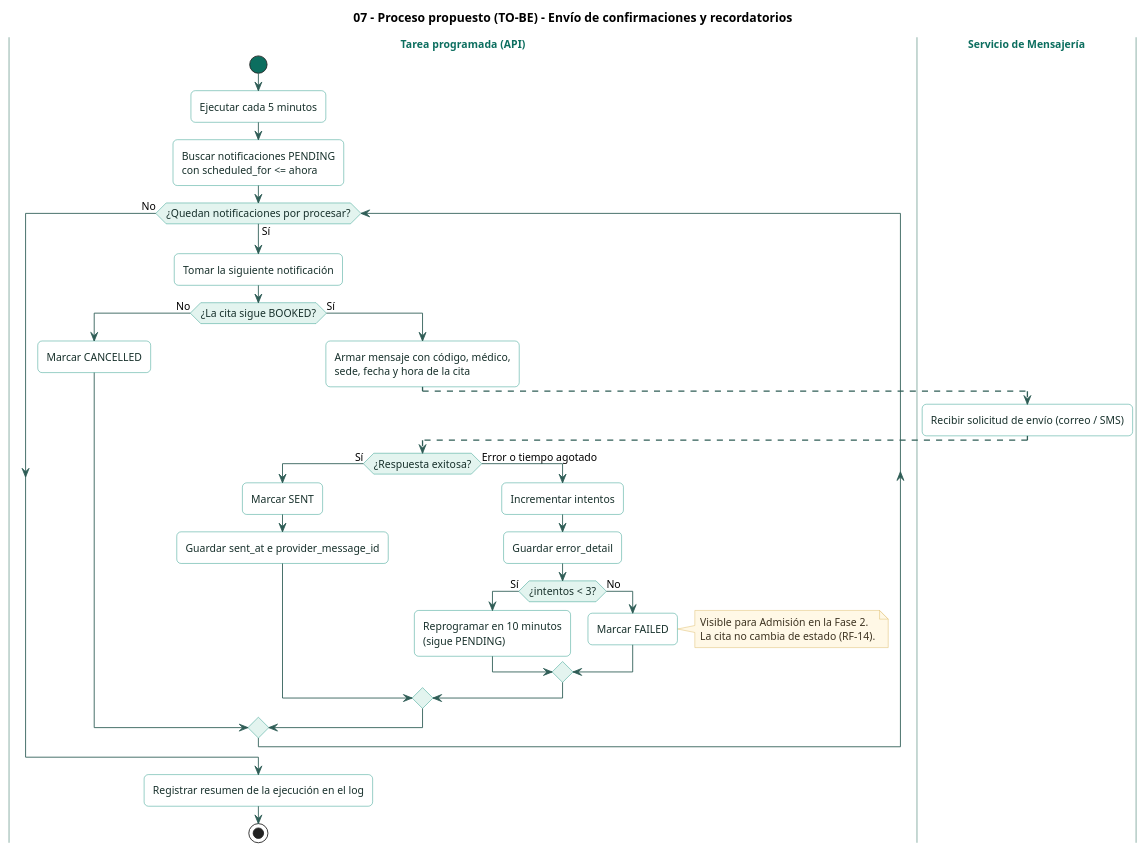
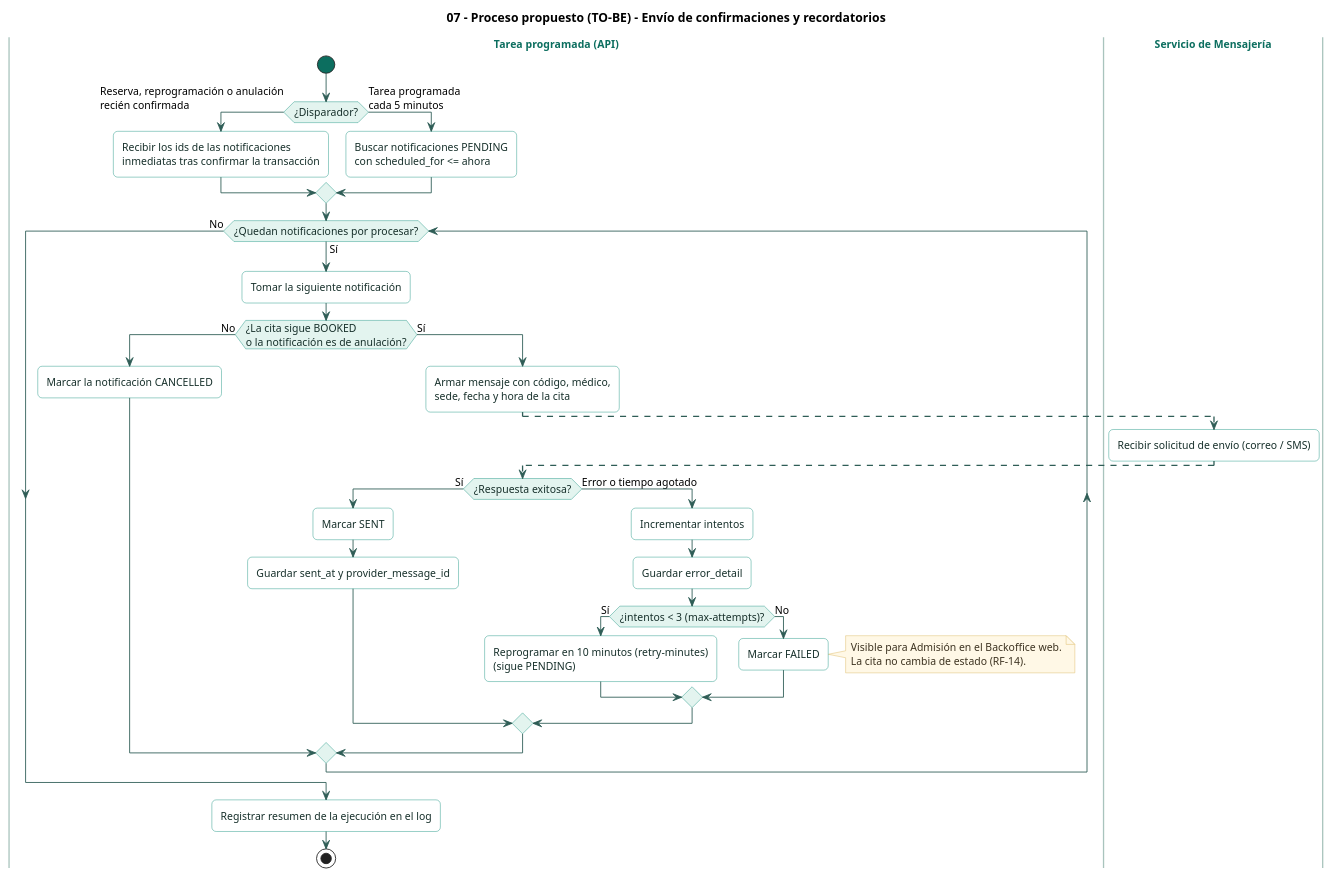
Before and after one commit to Jimena-CC/ProyectoCitasMedicas: the diagram in docs/diagrams/07-process-notifications.puml, drawn with PlantUML. The commit also changed 6 other files, not shown here.

First line of the commit message:
docs(diagrams): corregir procesos y agregar atención del médico y ventanilla

```diff
--- a/docs/diagrams/07-process-notifications.puml
+++ b/docs/diagrams/07-process-notifications.puml
@@ -1,68 +1,71 @@
 @startuml
 title 07 - Proceso propuesto (TO-BE) - Envío de confirmaciones y recordatorios
 
 skinparam shadowing false
 skinparam roundCorner 10
 skinparam defaultFontName "Helvetica"
 skinparam defaultFontSize 12
 skinparam ArrowColor #2F5D56
 skinparam SwimlaneBorderColor #A9C4BD
 skinparam SwimlaneTitleFontColor #0C6E5F
 skinparam SwimlaneTitleFontStyle bold
 skinparam activity {
   BackgroundColor #FFFFFF
   BorderColor #13917D
   FontColor #17302B
   DiamondBackgroundColor #E3F4EF
   DiamondBorderColor #13917D
   StartColor #0C6E5F
   EndColor #0C6E5F
 }
 skinparam note {
   BackgroundColor #FFF8E6
   BorderColor #D9B45A
   FontColor #3D3321
 }
 
 |Tarea programada (API)|
 |Servicio de Mensajería|
 
 |Tarea programada (API)|
 start
-:Ejecutar cada 5 minutos;
-:Buscar notificaciones PENDING\ncon scheduled_for <= ahora;
+if (¿Disparador?) then (Reserva, reprogramación o anulación\nrecién confirmada)
+  :Recibir los ids de las notificaciones\ninmediatas tras confirmar la transacción;
+else (Tarea programada\ncada 5 minutos)
+  :Buscar notificaciones PENDING\ncon scheduled_for <= ahora;
+endif
 
 while (¿Quedan notificaciones por procesar?) is (Sí)
   :Tomar la siguiente notificación;
-  if (¿La cita sigue BOOKED?) then (No)
-    :Marcar CANCELLED;
+  if (¿La cita sigue BOOKED\no la notificación es de anulación?) then (No)
+    :Marcar la notificación CANCELLED;
   else (Sí)
     :Armar mensaje con código, médico,\nsede, fecha y hora de la cita;
     -[#2F5D56,dashed]->
     |Servicio de Mensajería|
     :Recibir solicitud de envío (correo / SMS);
     -[#2F5D56,dashed]->
     |Tarea programada (API)|
     if (¿Respuesta exitosa?) then (Sí)
       :Marcar SENT;
-      :Guardar sent_at e provider_message_id;
+      :Guardar sent_at y provider_message_id;
     else (Error o tiempo agotado)
       :Incrementar intentos;
       :Guardar error_detail;
-      if (¿intentos < 3?) then (Sí)
-        :Reprogramar en 10 minutos\n(sigue PENDING);
+      if (¿intentos < 3 (max-attempts)?) then (Sí)
+        :Reprogramar en 10 minutos (retry-minutes)\n(sigue PENDING);
       else (No)
         :Marcar FAILED;
         note right
-          Visible para Admisión en la Fase 2.
+          Visible para Admisión en el Backoffice web.
           La cita no cambia de estado (RF-14).
         end note
       endif
     endif
   endif
 endwhile (No)
 
 :Registrar resumen de la ejecución en el log;
 stop
 
 @enduml
```
